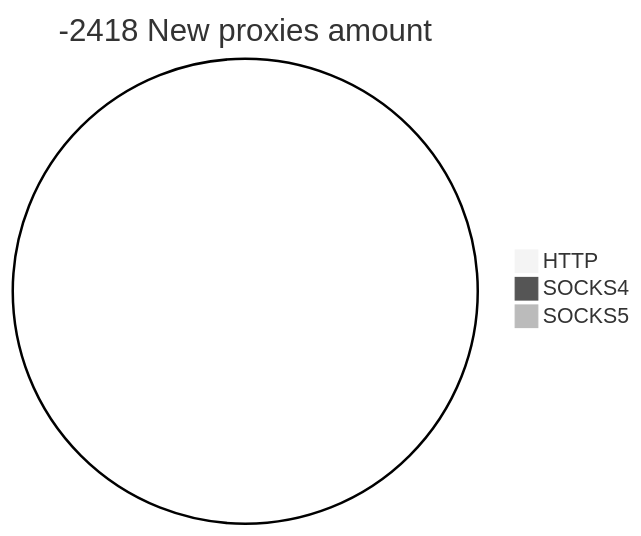
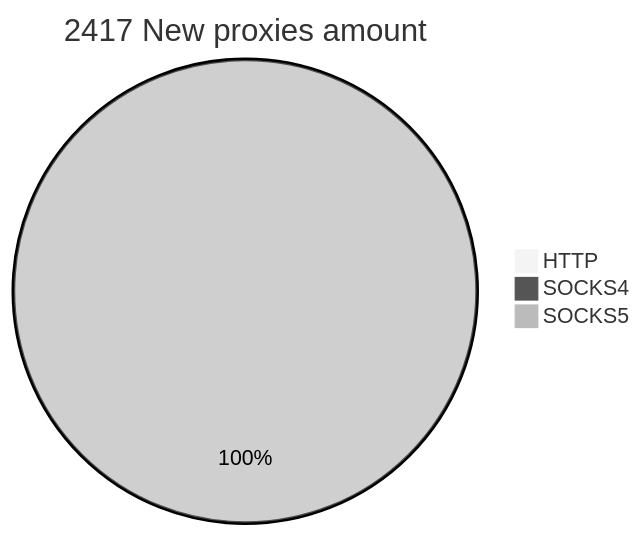
Before and after one commit to cutipu/proxylist: the second of 2 diagrams in README.md, drawn with Mermaid (neutral theme). The commit also changed other lines of this file, not shown here.

````diff
--- a/README.md
+++ b/README.md
@@ -10,6 +10,6 @@
 ```mermaid
-pie title -2418 New proxies amount
+pie title 2417 New proxies amount
     "HTTP" : 0
-    "SOCKS4" : 0
-    "SOCKS5" : 0
+    "SOCKS4" : 4
+    "SOCKS5" : 2414
 ```
````
